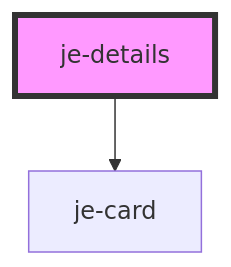
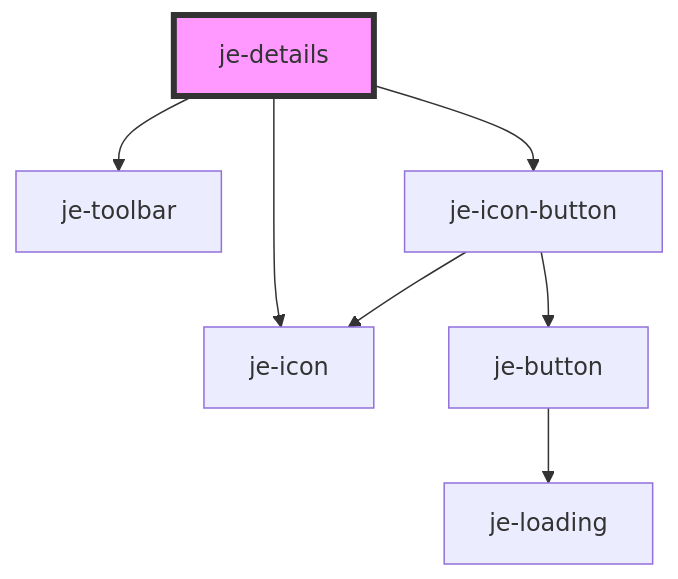
The diagram in packages/docs/docs/components/je-details/readme.md (pgreen00/jebamo), drawn with Mermaid before and after one commit. The commit also changed other lines of this file and 39 other files, not shown here.

````diff
--- a/packages/docs/docs/components/je-details/readme.md
+++ b/packages/docs/docs/components/je-details/readme.md
@@ -32,5 +36,10 @@
 ```mermaid
 graph TD;
-  je-details --> je-card
+  je-details --> je-icon
+  je-details --> je-toolbar
+  je-details --> je-icon-button
+  je-icon-button --> je-button
+  je-icon-button --> je-icon
+  je-button --> je-loading
   style je-details fill:#f9f,stroke:#333,stroke-width:4px
 ```
````
